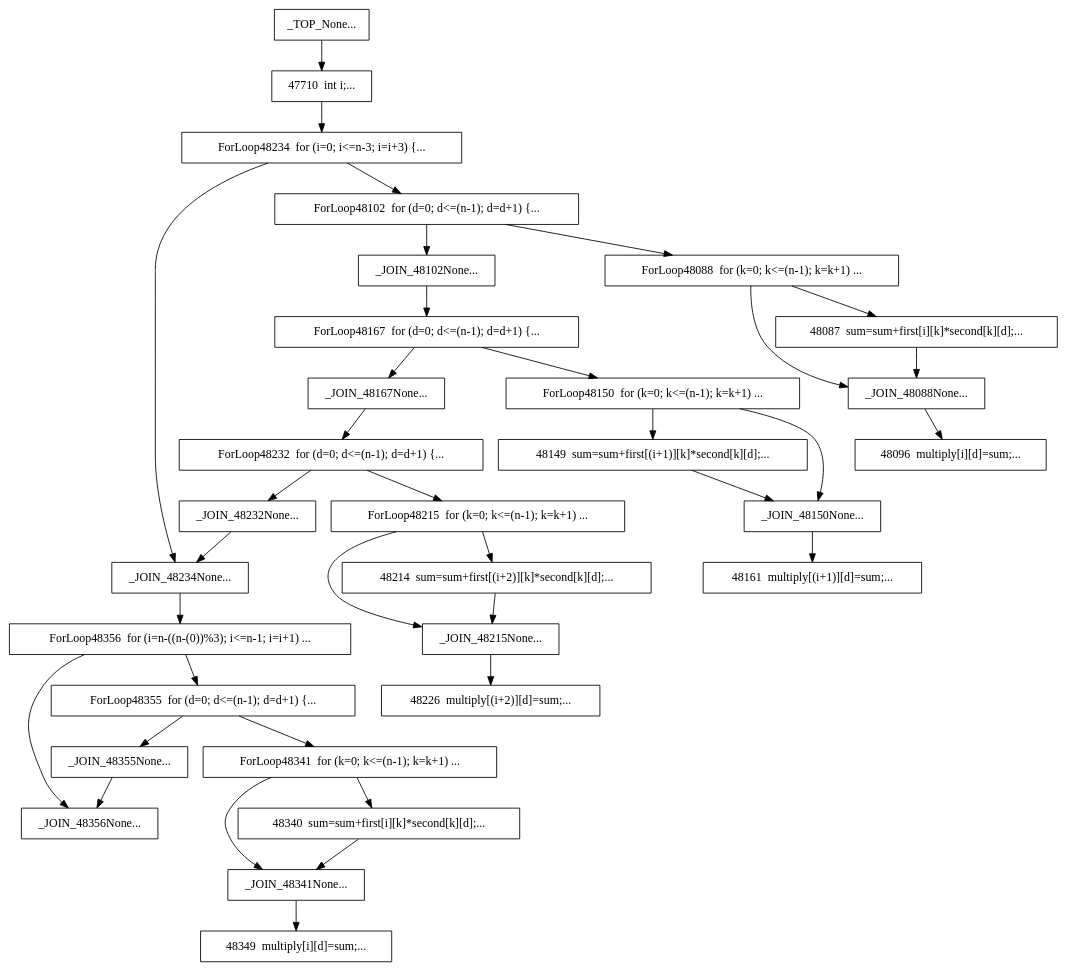
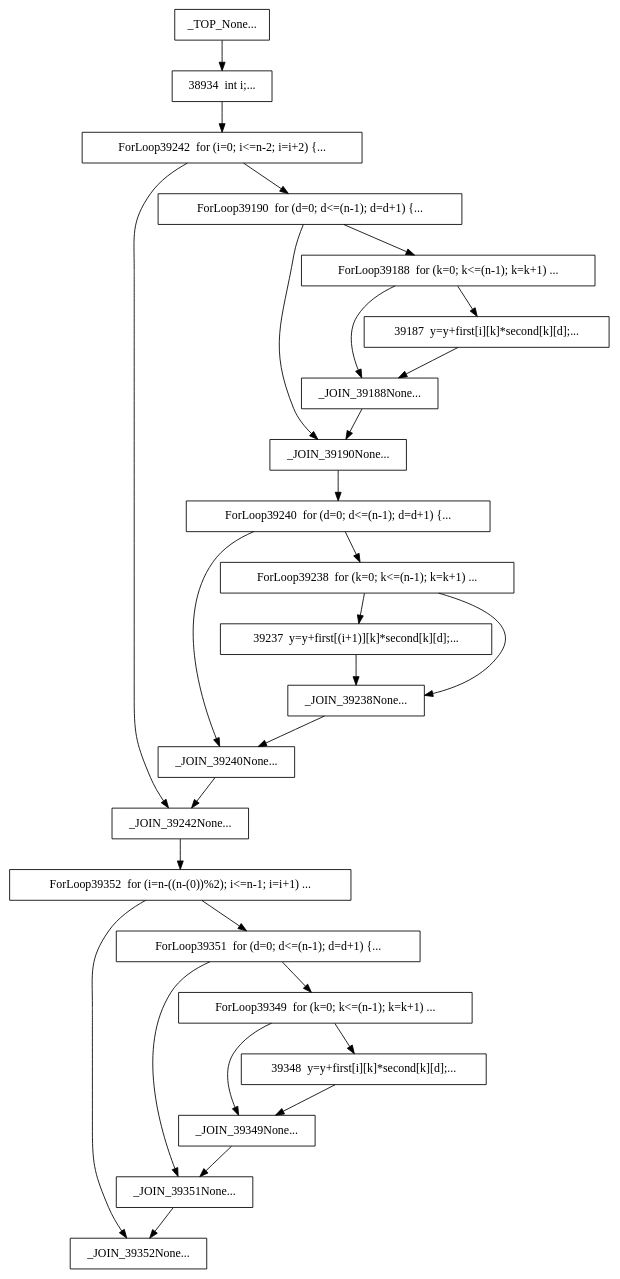
One commit to mahdifani14/AutoTuning changed the diagram in examples/mat3x3/temp.dot. Above: the diagram before and after it, drawn with Graphviz. The commit also changed 9 other files, not shown here.

```diff
--- a/examples/mat3x3/temp.dot
+++ b/examples/mat3x3/temp.dot
@@ -1,68 +1,52 @@
 digraph CFG {
-	_JOIN_48234 [label="_JOIN_48234None...",shape=box];
-	_JOIN_48234 -> ForLoop48356;
-	_JOIN_48232 [label="_JOIN_48232None...",shape=box];
-	_JOIN_48232 -> _JOIN_48234;
-	_JOIN_48102 [label="_JOIN_48102None...",shape=box];
-	_JOIN_48102 -> ForLoop48167;
-	_JOIN_48215 [label="_JOIN_48215None...",shape=box];
-	_JOIN_48215 -> 48226;
-	47710 [label="47710  int i;...",shape=box];
-	47710 -> ForLoop48234;
-	_JOIN_48088 [label="_JOIN_48088None...",shape=box];
-	_JOIN_48088 -> 48096;
-	ForLoop48232 [label="ForLoop48232  for (d=0; d<=(n-1); d=d+1) {...",shape=box];
-	ForLoop48232 -> ForLoop48215;
-	ForLoop48232 -> _JOIN_48232;
-	ForLoop48215 [label="ForLoop48215  for (k=0; k<=(n-1); k=k+1) ...",shape=box];
-	ForLoop48215 -> 48214;
-	ForLoop48215 -> _JOIN_48215;
-	_JOIN_48356 [label="_JOIN_48356None...",shape=box];
-	_JOIN_48167 [label="_JOIN_48167None...",shape=box];
-	_JOIN_48167 -> ForLoop48232;
-	ForLoop48234 [label="ForLoop48234  for (i=0; i<=n-3; i=i+3) {...",shape=box];
-	ForLoop48234 -> ForLoop48102;
-	ForLoop48234 -> _JOIN_48234;
+	_JOIN_39242 [label="_JOIN_39242None...",shape=box];
+	_JOIN_39242 -> ForLoop39352;
+	_JOIN_39349 [label="_JOIN_39349None...",shape=box];
+	_JOIN_39349 -> _JOIN_39351;
+	_JOIN_39240 [label="_JOIN_39240None...",shape=box];
+	_JOIN_39240 -> _JOIN_39242;
+	_JOIN_39188 [label="_JOIN_39188None...",shape=box];
+	_JOIN_39188 -> _JOIN_39190;
+	38934 [label="38934  int i;...",shape=box];
+	38934 -> ForLoop39242;
+	ForLoop39190 [label="ForLoop39190  for (d=0; d<=(n-1); d=d+1) {...",shape=box];
+	ForLoop39190 -> ForLoop39188;
+	ForLoop39190 -> _JOIN_39190;
+	_JOIN_39351 [label="_JOIN_39351None...",shape=box];
+	_JOIN_39351 -> _JOIN_39352;
+	ForLoop39238 [label="ForLoop39238  for (k=0; k<=(n-1); k=k+1) ...",shape=box];
+	ForLoop39238 -> 39237;
+	ForLoop39238 -> _JOIN_39238;
+	_JOIN_39352 [label="_JOIN_39352None...",shape=box];
+	ForLoop39188 [label="ForLoop39188  for (k=0; k<=(n-1); k=k+1) ...",shape=box];
+	ForLoop39188 -> 39187;
+	ForLoop39188 -> _JOIN_39188;
+	_JOIN_39190 [label="_JOIN_39190None...",shape=box];
+	_JOIN_39190 -> ForLoop39240;
+	ForLoop39349 [label="ForLoop39349  for (k=0; k<=(n-1); k=k+1) ...",shape=box];
+	ForLoop39349 -> 39348;
+	ForLoop39349 -> _JOIN_39349;
+	39187 [label="39187  y=y+first[i][k]*second[k][d];...",shape=box];
+	39187 -> _JOIN_39188;
+	ForLoop39351 [label="ForLoop39351  for (d=0; d<=(n-1); d=d+1) {...",shape=box];
+	ForLoop39351 -> ForLoop39349;
+	ForLoop39351 -> _JOIN_39351;
+	_JOIN_39238 [label="_JOIN_39238None...",shape=box];
+	_JOIN_39238 -> _JOIN_39240;
+	ForLoop39352 [label="ForLoop39352  for (i=n-((n-(0))%2); i<=n-1; i=i+1) ...",shape=box];
+	ForLoop39352 -> ForLoop39351;
+	ForLoop39352 -> _JOIN_39352;
+	ForLoop39242 [label="ForLoop39242  for (i=0; i<=n-2; i=i+2) {...",shape=box];
+	ForLoop39242 -> ForLoop39190;
+	ForLoop39242 -> _JOIN_39242;
+	39348 [label="39348  y=y+first[i][k]*second[k][d];...",shape=box];
+	39348 -> _JOIN_39349;
+	ForLoop39240 [label="ForLoop39240  for (d=0; d<=(n-1); d=d+1) {...",shape=box];
+	ForLoop39240 -> ForLoop39238;
+	ForLoop39240 -> _JOIN_39240;
+	39237 [label="39237  y=y+first[(i+1)][k]*second[k][d];...",shape=box];
+	39237 -> _JOIN_39238;
 	_TOP_ [label="_TOP_None...",shape=box];
-	_TOP_ -> 47710;
-	ForLoop48355 [label="ForLoop48355  for (d=0; d<=(n-1); d=d+1) {...",shape=box];
-	ForLoop48355 -> ForLoop48341;
-	ForLoop48355 -> _JOIN_48355;
-	ForLoop48150 [label="ForLoop48150  for (k=0; k<=(n-1); k=k+1) ...",shape=box];
-	ForLoop48150 -> 48149;
-	ForLoop48150 -> _JOIN_48150;
-	48087 [label="48087  sum=sum+first[i][k]*second[k][d];...",shape=box];
-	48087 -> _JOIN_48088;
-	_JOIN_48341 [label="_JOIN_48341None...",shape=box];
-	_JOIN_48341 -> 48349;
-	ForLoop48088 [label="ForLoop48088  for (k=0; k<=(n-1); k=k+1) ...",shape=box];
-	ForLoop48088 -> 48087;
-	ForLoop48088 -> _JOIN_48088;
-	48349 [label="48349  multiply[i][d]=sum;...",shape=box];
-	48226 [label="48226  multiply[(i+2)][d]=sum;...",shape=box];
-	48340 [label="48340  sum=sum+first[i][k]*second[k][d];...",shape=box];
-	48340 -> _JOIN_48341;
-	ForLoop48356 [label="ForLoop48356  for (i=n-((n-(0))%3); i<=n-1; i=i+1) ...",shape=box];
-	ForLoop48356 -> ForLoop48355;
-	ForLoop48356 -> _JOIN_48356;
-	48149 [label="48149  sum=sum+first[(i+1)][k]*second[k][d];...",shape=box];
-	48149 -> _JOIN_48150;
-	48161 [label="48161  multiply[(i+1)][d]=sum;...",shape=box];
-	ForLoop48167 [label="ForLoop48167  for (d=0; d<=(n-1); d=d+1) {...",shape=box];
-	ForLoop48167 -> ForLoop48150;
-	ForLoop48167 -> _JOIN_48167;
-	_JOIN_48150 [label="_JOIN_48150None...",shape=box];
-	_JOIN_48150 -> 48161;
-	_JOIN_48355 [label="_JOIN_48355None...",shape=box];
-	_JOIN_48355 -> _JOIN_48356;
-	ForLoop48341 [label="ForLoop48341  for (k=0; k<=(n-1); k=k+1) ...",shape=box];
-	ForLoop48341 -> 48340;
-	ForLoop48341 -> _JOIN_48341;
-	ForLoop48102 [label="ForLoop48102  for (d=0; d<=(n-1); d=d+1) {...",shape=box];
-	ForLoop48102 -> ForLoop48088;
-	ForLoop48102 -> _JOIN_48102;
-	48214 [label="48214  sum=sum+first[(i+2)][k]*second[k][d];...",shape=box];
-	48214 -> _JOIN_48215;
-	48096 [label="48096  multiply[i][d]=sum;...",shape=box];
+	_TOP_ -> 38934;
 
 }
```
